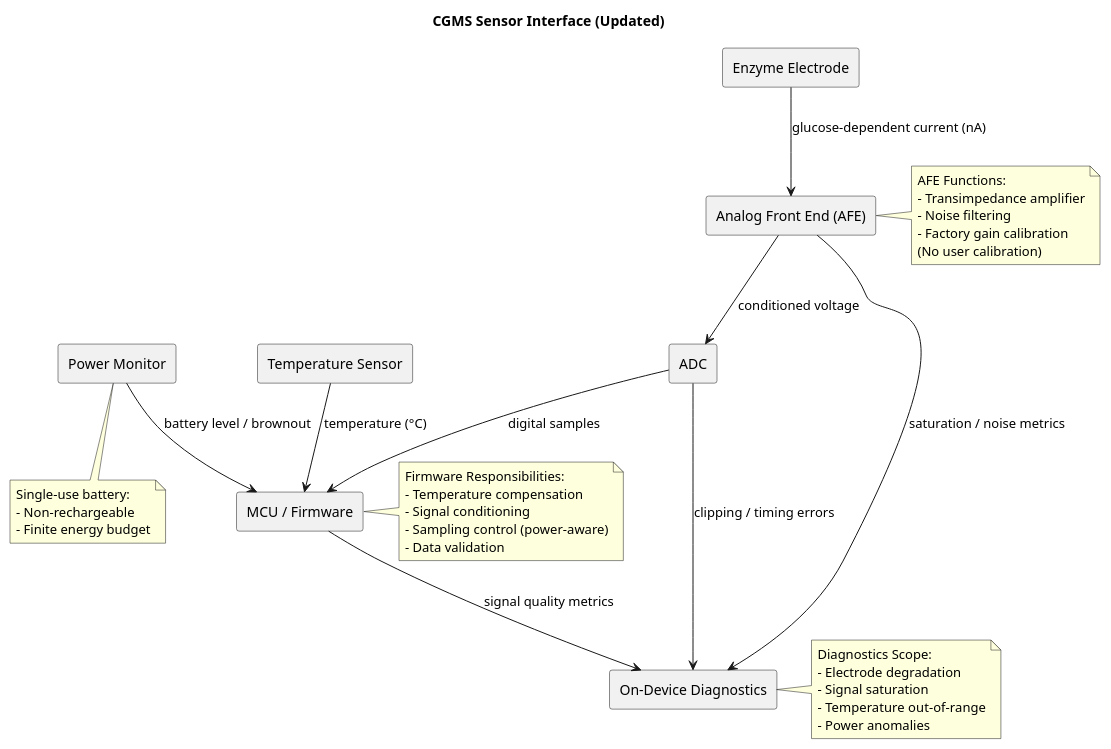
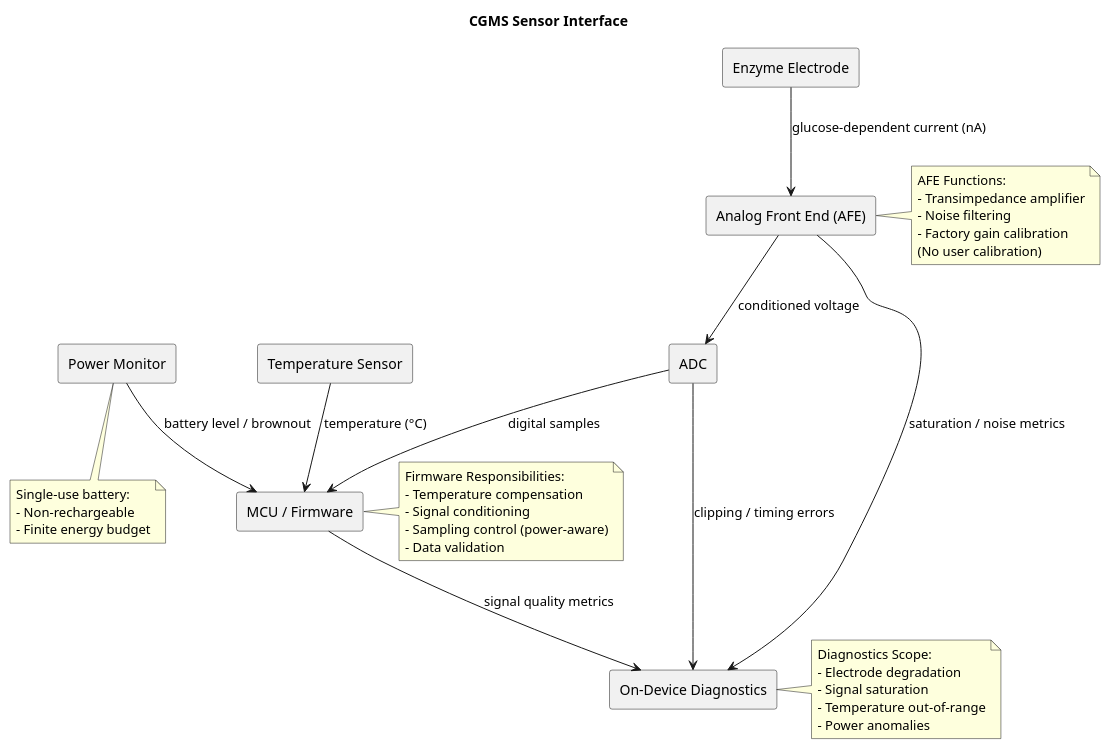
Before and after one commit to spothana/cgms: the diagram in documents/diagrams/interfaces/cgms_sensor_if.puml, drawn with PlantUML. The commit also changed 8 other files, not shown here.

```diff
--- a/documents/diagrams/interfaces/cgms_sensor_if.puml
+++ b/documents/diagrams/interfaces/cgms_sensor_if.puml
@@ -1,64 +1,64 @@
 @startuml cgms_sensor_if
 skinparam componentStyle rectangle
 
-title CGMS Sensor Interface (Updated)
+title CGMS Sensor Interface
 
 component "Enzyme Electrode" as Electrode
 component "Temperature Sensor" as Temp
 component "Analog Front End (AFE)" as AFE
 component "ADC" as ADC
 component "MCU / Firmware" as MCU
 component "Power Monitor" as Power
 component "On-Device Diagnostics" as Diag
 
 ' --------------------
 ' Primary sensing path
 ' --------------------
 Electrode --> AFE : glucose-dependent current (nA)
 AFE --> ADC : conditioned voltage
 ADC --> MCU : digital samples
 
 ' --------------------
 ' Environmental compensation
 ' --------------------
 Temp --> MCU : temperature (°C)
 
 ' --------------------
 ' Power & health
 ' --------------------
 Power --> MCU : battery level / brownout
 AFE --> Diag : saturation / noise metrics
 ADC --> Diag : clipping / timing errors
 MCU --> Diag : signal quality metrics
 
 note right of AFE
 AFE Functions:
 - Transimpedance amplifier
 - Noise filtering
 - Factory gain calibration
 (No user calibration)
 end note
 
 note right of MCU
 Firmware Responsibilities:
 - Temperature compensation
 - Signal conditioning
 - Sampling control (power-aware)
 - Data validation
 end note
 
 note right of Diag
 Diagnostics Scope:
 - Electrode degradation
 - Signal saturation
 - Temperature out-of-range
 - Power anomalies
 end note
 
 note bottom of Power
 Single-use battery:
 - Non-rechargeable
 - Finite energy budget
 end note
 
 @enduml
```
